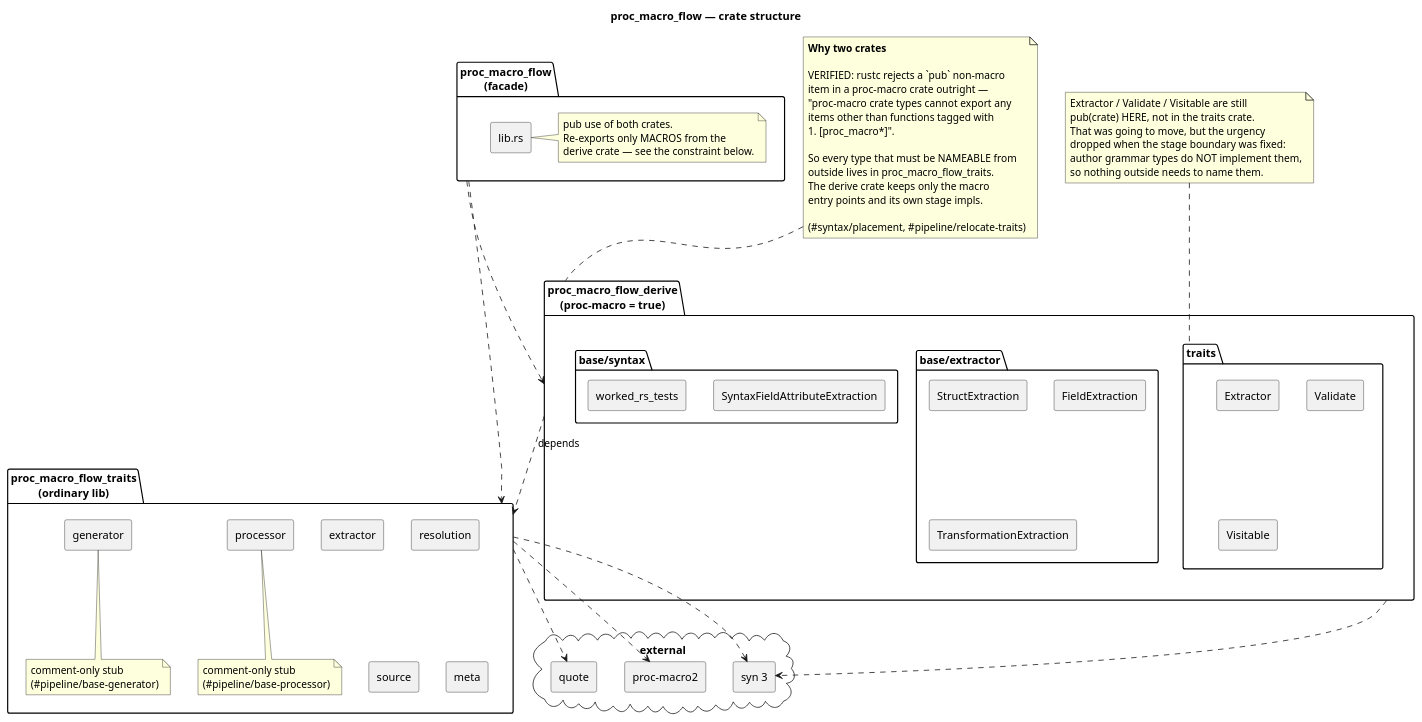
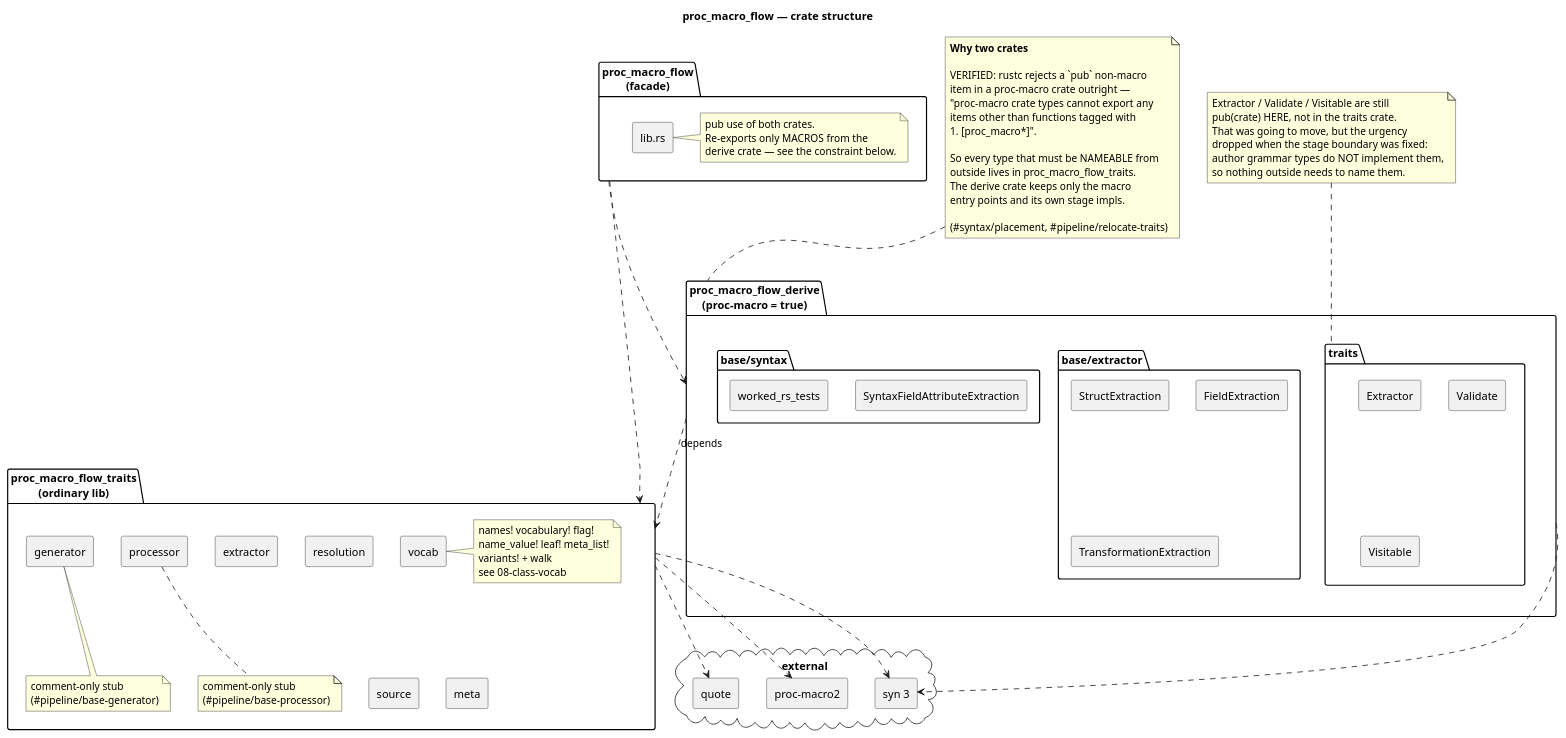
Before and after one commit to nzuzomagagula/proc-macro-flow: the diagram in docs/design/01-component.puml, drawn with PlantUML. The commit also changed 32 other files, not shown here.

```diff
--- a/docs/design/01-component.puml
+++ b/docs/design/01-component.puml
@@ -1,95 +1,103 @@
 @startuml component
 title proc_macro_flow — crate structure
 
 skinparam componentStyle rectangle
 skinparam shadowing false
 
 package "proc_macro_flow\n(facade)" as facade {
   [lib.rs] as Facade
   note right of Facade
     pub use of both crates.
     Re-exports only MACROS from the
     derive crate — see the constraint below.
   end note
 }
 
 package "proc_macro_flow_traits\n(ordinary lib)" as traits {
   [extractor] as T_Extractor
   [resolution] as T_Resolution
   [source] as T_Source
   [meta] as T_Meta
+  [vocab] as T_Vocab
   [processor] as T_Processor
   [generator] as T_Generator
+
+  note right of T_Vocab
+    names! vocabulary! flag!
+    name_value! leaf! meta_list!
+    variants! + walk
+    see 08-class-vocab
+  end note
 
   note bottom of T_Processor
     comment-only stub
     (#pipeline/base-processor)
   end note
   note bottom of T_Generator
     comment-only stub
     (#pipeline/base-generator)
   end note
 }
 
 package "proc_macro_flow_derive\n(proc-macro = true)" as derive {
   package "traits" as traits_mod {
     [Extractor] as D_Extractor
     [Validate] as D_Validate
     [Visitable] as D_Visitable
   }
   package "base/extractor" as base_extractor {
     [StructExtraction] as D_Struct
     [FieldExtraction] as D_Field
     [TransformationExtraction] as D_Transform
   }
   package "base/syntax" as base_syntax {
     [SyntaxFieldAttributeExtraction] as D_Syntax
     [worked_rs_tests] as D_Worked
   }
 }
 
 cloud "external" {
   [syn 3] as Syn
   [quote] as Quote
   [proc-macro2] as PM2
 }
 
 derive ..> traits : depends
 facade ..> traits
 facade ..> derive
 traits ..> Syn
 traits ..> Quote
 traits ..> PM2
 derive ..> Syn
 
 note as Constraint
   **Why two crates**
 
   VERIFIED: rustc rejects a `pub` non-macro
   item in a proc-macro crate outright —
   "proc-macro crate types cannot export any
   items other than functions tagged with
   #[proc_macro*]".
 
   So every type that must be NAMEABLE from
   outside lives in proc_macro_flow_traits.
   The derive crate keeps only the macro
   entry points and its own stage impls.
 
   (#syntax/placement, #pipeline/relocate-traits)
 end note
 
 Constraint .. derive
 
 note as TraitHome
   Extractor / Validate / Visitable are still
   pub(crate) HERE, not in the traits crate.
   That was going to move, but the urgency
   dropped when the stage boundary was fixed:
   author grammar types do NOT implement them,
   so nothing outside needs to name them.
 end note
 
 TraitHome .. traits_mod
 
 @enduml
```
